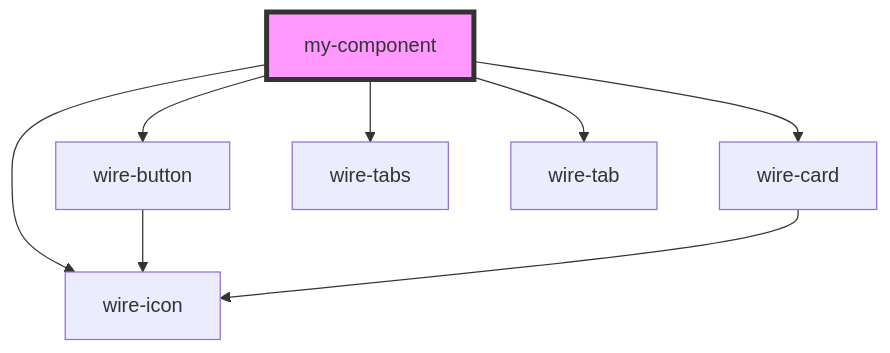
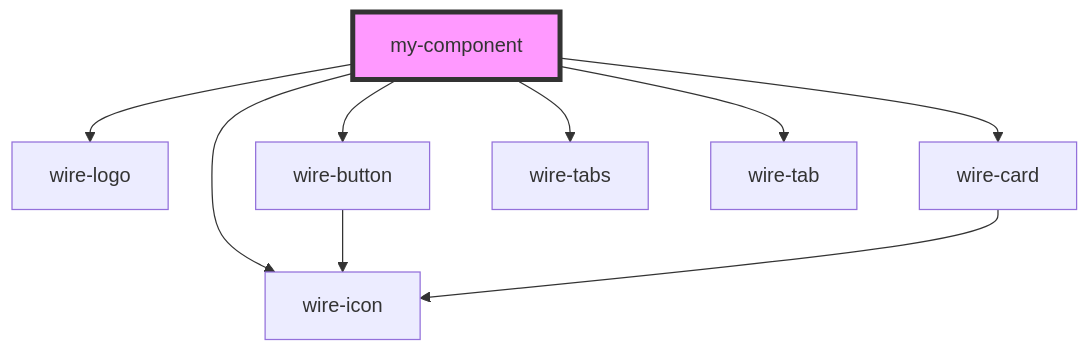
The diagram in packages/core/src/components/my-component/readme.md (Wire-Network/wire-ui), drawn with Mermaid before and after one commit. The commit also changed other lines of this file and 29 other files, not shown here.

````diff
--- a/packages/core/src/components/my-component/readme.md
+++ b/packages/core/src/components/my-component/readme.md
@@ -19,11 +20,12 @@
 ```mermaid
 graph TD;
+  my-component --> wire-logo
   my-component --> wire-button
   my-component --> wire-card
   my-component --> wire-icon
   my-component --> wire-tabs
   my-component --> wire-tab
   wire-button --> wire-icon
   wire-card --> wire-icon
   style my-component fill:#f9f,stroke:#333,stroke-width:4px
 ```
````
